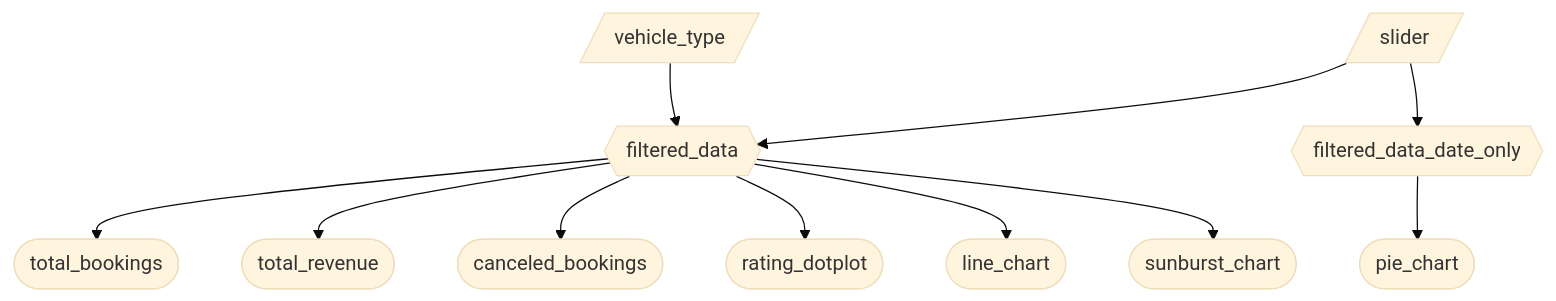
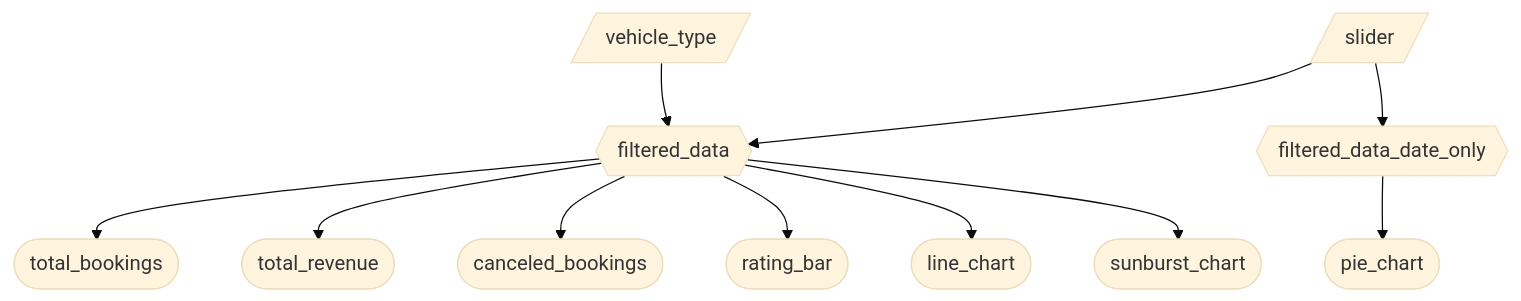
The diagram in reports/m2_spec.md (UBC-MDS/DSCI-532_2026_32_Uber_dashboard), drawn with Mermaid (base theme) before and after one commit. The commit also changed other lines of this file, not shown here.

````diff
--- a/reports/m2_spec.md
+++ b/reports/m2_spec.md
@@ -33,15 +32,15 @@
 ```mermaid
 flowchart TD
   A[/slider/] --> F{{filtered_data}}
   B[/vehicle_type/] --> F
   A --> G{{filtered_data_date_only}}
 
   F --> T1([total_bookings])
   F --> T2([total_revenue])
   F --> T3([canceled_bookings])
-  F --> P1([rating_dotplot])
+  F --> P1([rating_bar])
   F --> P2([line_chart])
   F --> P4([sunburst_chart])
 
   G --> P3([pie_chart])
 ```
````
